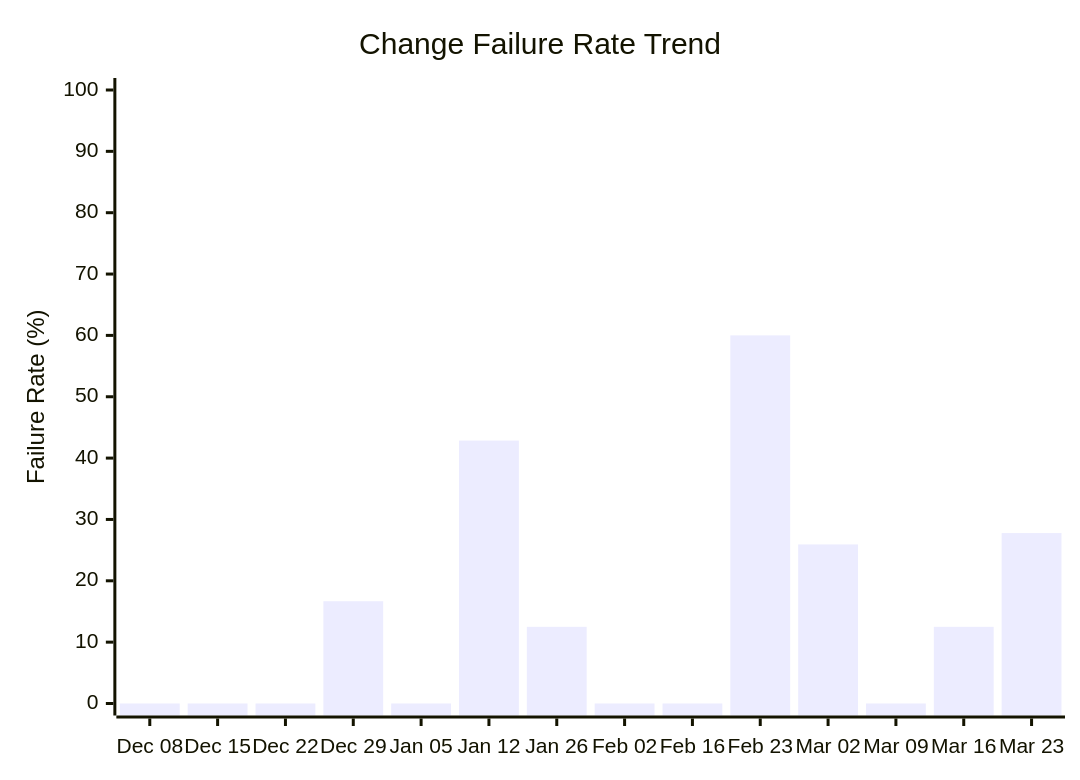
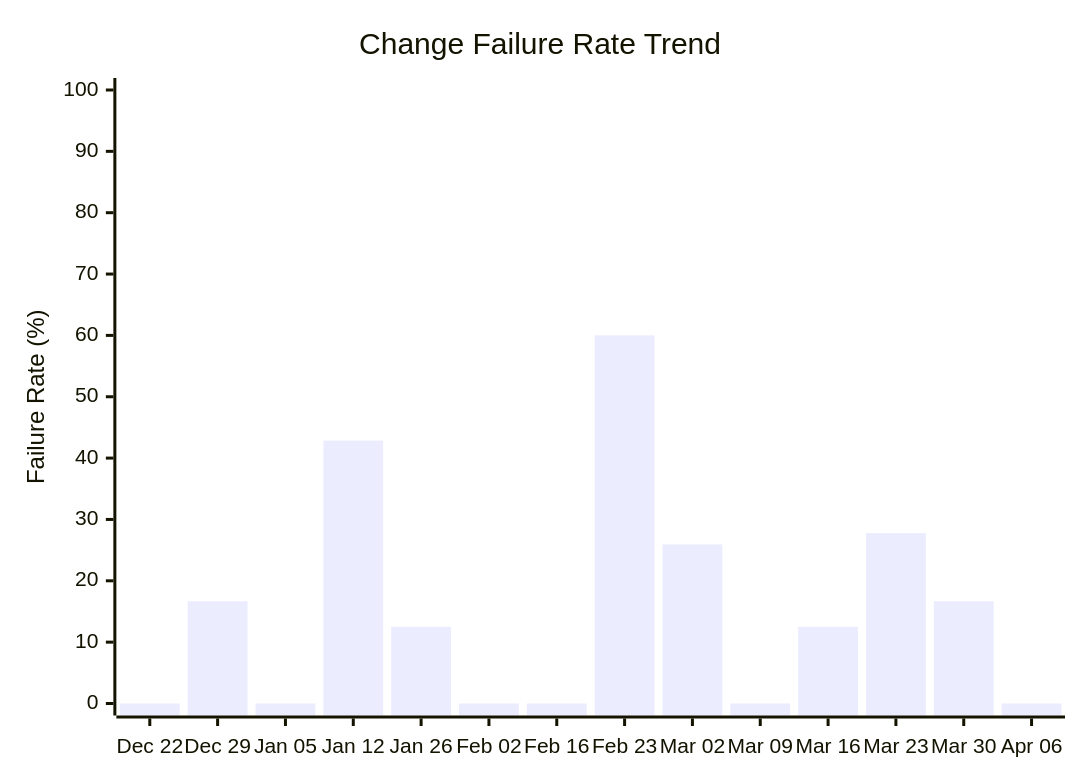
The fourth of 4 diagrams in docs/ci-cd/dora-summary.md (ukma-cs-ssdm-2025/rate-ukma), drawn with Mermaid before and after one commit. The commit also changed other lines of this file, not shown here.

````diff
--- a/docs/ci-cd/dora-summary.md
+++ b/docs/ci-cd/dora-summary.md
@@ -73,7 +73,7 @@
 ```mermaid
 xychart-beta
     title "Change Failure Rate Trend"
-    x-axis ["Dec 08", "Dec 15", "Dec 22", "Dec 29", "Jan 05", "Jan 12", "Jan 26", "Feb 02", "Feb 16", "Feb 23", "Mar 02", "Mar 09", "Mar 16", "Mar 23"]
+    x-axis ["Dec 22", "Dec 29", "Jan 05", "Jan 12", "Jan 26", "Feb 02", "Feb 16", "Feb 23", "Mar 02", "Mar 09", "Mar 16", "Mar 23", "Mar 30", "Apr 06"]
     y-axis "Failure Rate (%)" 0 --> 100
-    bar [0.00, 0.00, 0.00, 16.67, 0.00, 42.86, 12.50, 0.00, 0.00, 60.00, 25.93, 0.00, 12.50, 27.78]
+    bar [0.00, 16.67, 0.00, 42.86, 12.50, 0.00, 0.00, 60.00, 25.93, 0.00, 12.50, 27.78, 16.67, 0.00]
 ```
````
